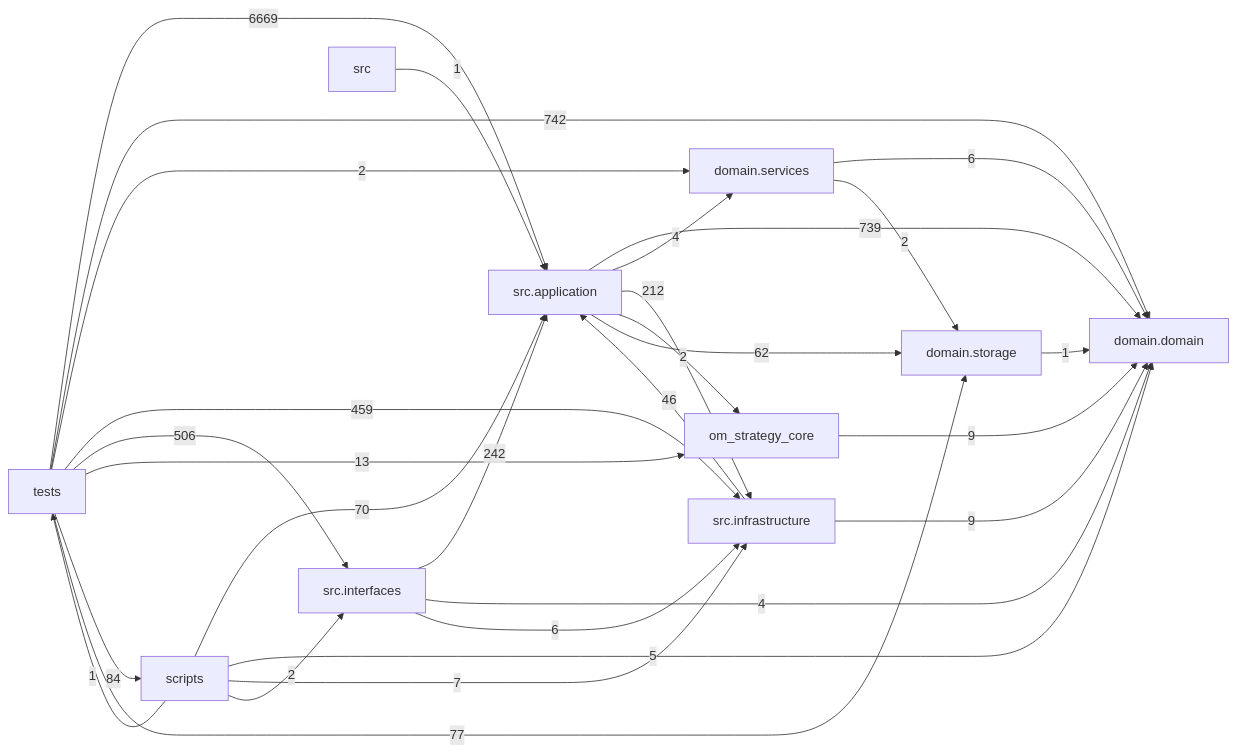
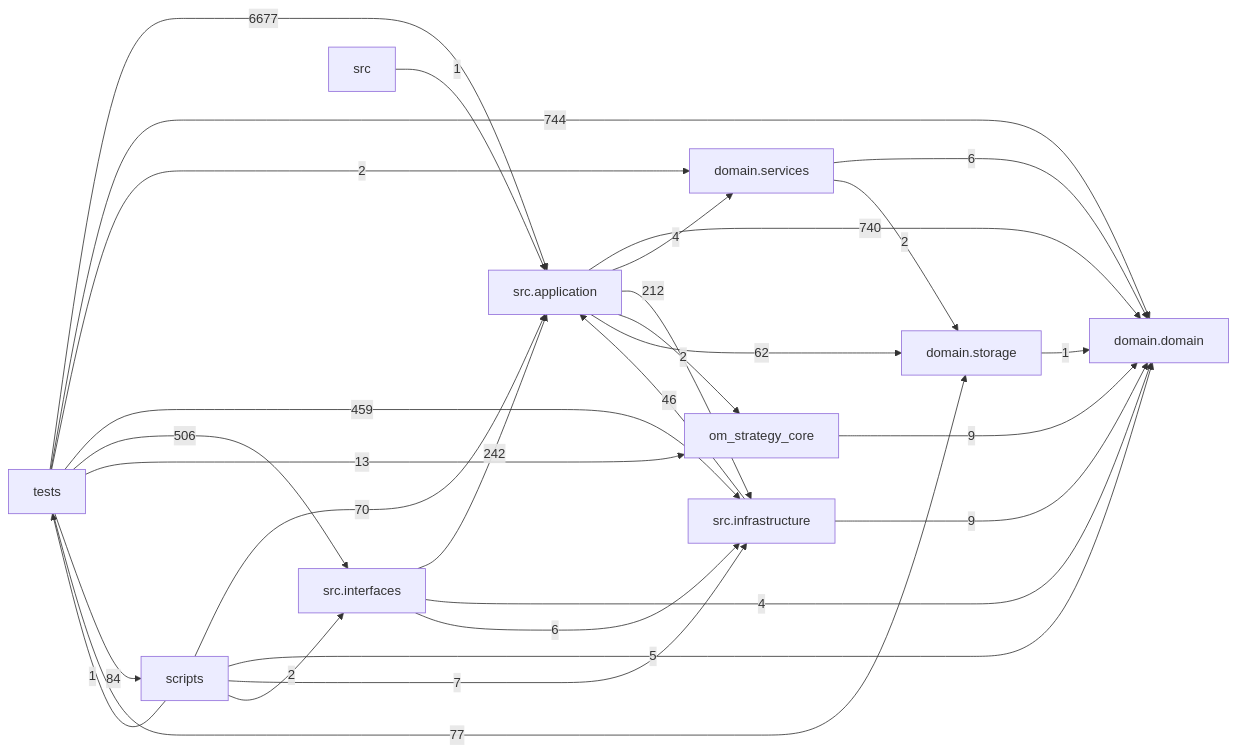
The diagram in docs/DEPENDENCY_GRAPH.md (liuxie066/options-monitor), drawn with Mermaid before and after one commit. The commit also changed other lines of this file and 11 other files, not shown here.

````diff
--- a/docs/DEPENDENCY_GRAPH.md
+++ b/docs/DEPENDENCY_GRAPH.md
@@ -24,39 +24,39 @@
 ```mermaid
 flowchart LR
   tests["tests"]
   scripts["scripts"]
   interfaces["src.interfaces"]
   application["src.application"]
   infrastructure["src.infrastructure"]
   domain_services["domain.services"]
   domain["domain.domain"]
   storage["domain.storage"]
-  application -->|739| domain
+  application -->|740| domain
   application -->|4| domain_services
   application -->|212| infrastructure
   application -->|2| om_strategy_core
   application -->|62| storage
   domain_services -->|6| domain
   domain_services -->|2| storage
   infrastructure -->|46| application
   infrastructure -->|9| domain
   interfaces -->|242| application
   interfaces -->|4| domain
   interfaces -->|6| infrastructure
   om_strategy_core -->|9| domain
   scripts -->|70| application
   scripts -->|5| domain
   scripts -->|7| infrastructure
   scripts -->|2| interfaces
   scripts -->|1| tests
   src -->|1| application
   storage -->|1| domain
-  tests -->|6669| application
-  tests -->|742| domain
+  tests -->|6677| application
+  tests -->|744| domain
   tests -->|2| domain_services
   tests -->|459| infrastructure
   tests -->|506| interfaces
   tests -->|13| om_strategy_core
   tests -->|84| scripts
   tests -->|77| storage
 ```
````
